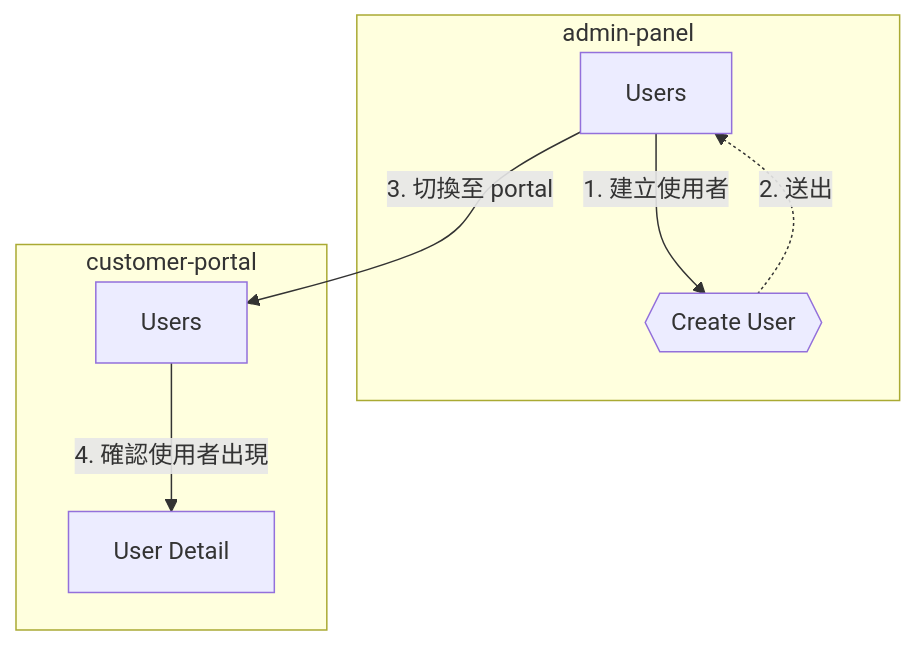
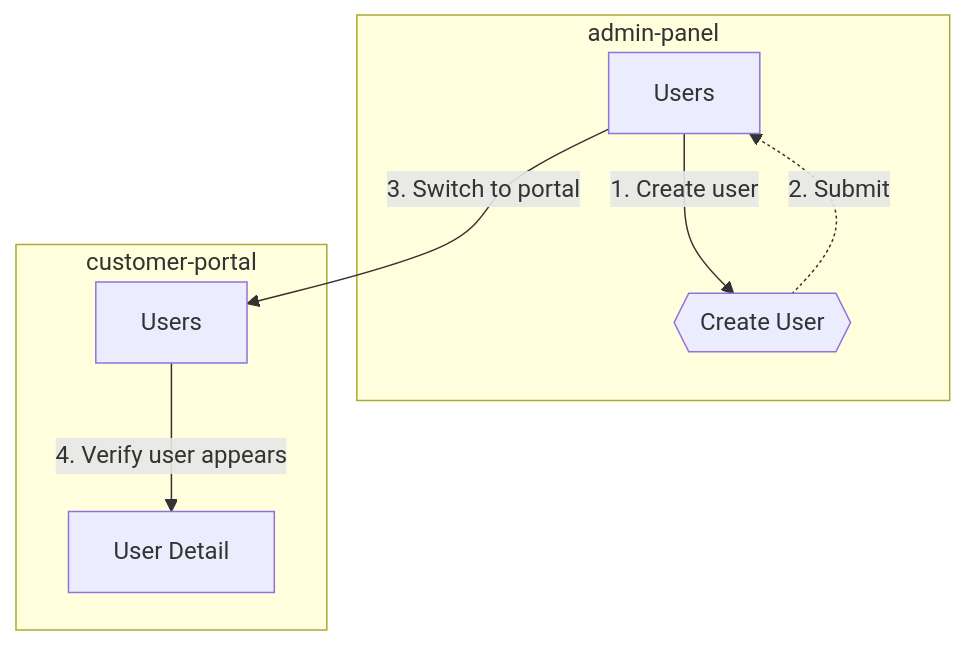
Before and after one commit to iamcxa/claude-e2e-pipeline: the diagram in skills/e2e-walkthrough/reference.md, drawn with Mermaid. The commit also changed other lines of this file and 4 other files, not shown here.

````diff
--- a/skills/e2e-walkthrough/reference.md
+++ b/skills/e2e-walkthrough/reference.md
@@ -214,11 +240,11 @@
 ```mermaid
 flowchart TD
     subgraph admin["admin-panel"]
-        A1["Users"] -->|"1. 建立使用者"| A2{{"Create User"}}
-        A2 -.->|"2. 送出"| A1
+        A1["Users"] -->|"1. Create user"| A2{{"Create User"}}
+        A2 -.->|"2. Submit"| A1
     end
     subgraph portal["customer-portal"]
-        P1["Users"] -->|"4. 確認使用者出現"| P2["User Detail"]
+        P1["Users"] -->|"4. Verify user appears"| P2["User Detail"]
     end
-    A1 -->|"3. 切換至 portal"| P1
+    A1 -->|"3. Switch to portal"| P1
 ```
````
